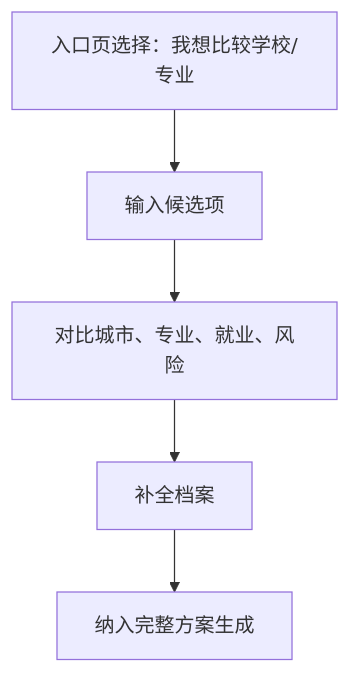
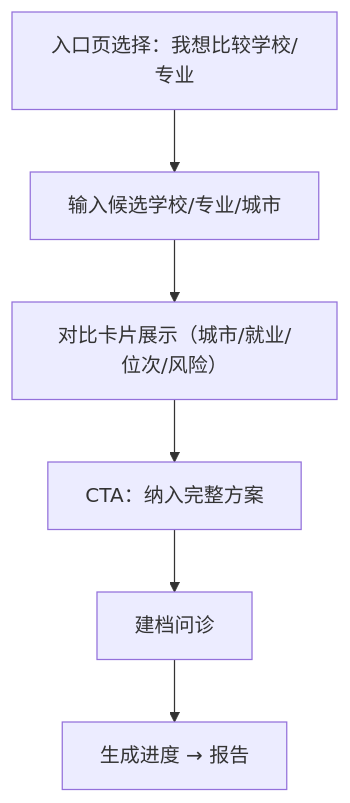
One commit to debugzhao/jin-guide changed the fourth of 5 diagrams in docs/frontend-prd.md. Above: the diagram before and after it, drawn with Mermaid. The commit also changed other lines of this file and 3 other files, not shown here.

````diff
--- a/docs/frontend-prd.md
+++ b/docs/frontend-prd.md
@@ -137,7 +235,8 @@
 ```mermaid
 flowchart TD
-  A["入口页选择：我想比较学校/专业"] --> B["输入候选项"]
-  B --> C["对比城市、专业、就业、风险"]
-  C --> D["补全档案"]
-  D --> E["纳入完整方案生成"]
+  A["入口页选择：我想比较学校/专业"] --> B["输入候选学校/专业/城市"]
+  B --> C["对比卡片展示（城市/就业/位次/风险）"]
+  C --> D["CTA：纳入完整方案"]
+  D --> E["建档问诊"]
+  E --> F["生成进度 → 报告"]
 ```
````
